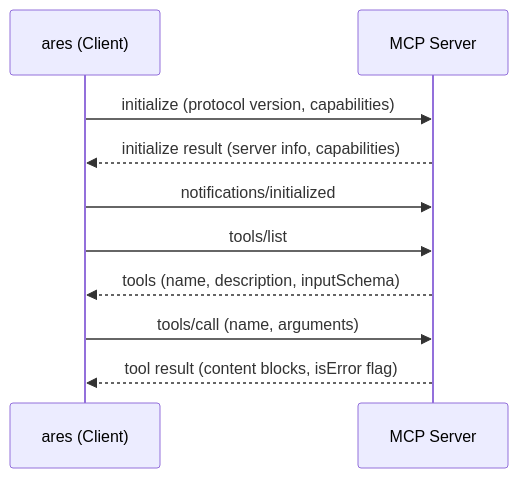
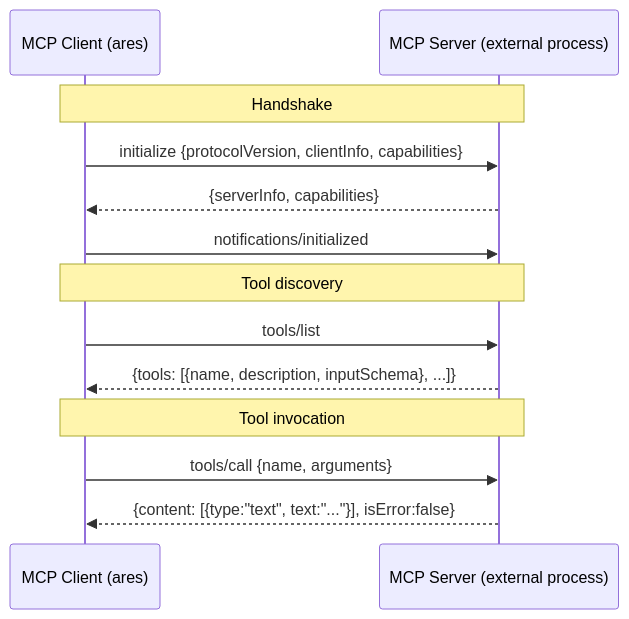
The first of 4 diagrams in docs/articles/en/15-mcp-integration-deep-dive.md (Timwood0x10/ARES), drawn with Mermaid before and after one commit. The commit also changed other lines of this file and 2423 other files, not shown here.

````diff
--- a/docs/articles/en/15-mcp-integration-deep-dive.md
+++ b/docs/articles/en/15-mcp-integration-deep-dive.md
@@ -39,13 +59,18 @@
 ```mermaid
 sequenceDiagram
-    participant C as ares (Client)
-    participant S as MCP Server
+    participant Client as MCP Client (ares)
+    participant Server as MCP Server (external process)
 
-    C->>S: initialize (protocol version, capabilities)
-    S-->>C: initialize result (server info, capabilities)
-    C->>S: notifications/initialized
-    C->>S: tools/list
-    S-->>C: tools (name, description, inputSchema)
-    C->>S: tools/call (name, arguments)
-    S-->>C: tool result (content blocks, isError flag)
+    Note over Client,Server: Handshake
+    Client->>Server: initialize {protocolVersion, clientInfo, capabilities}
+    Server-->>Client: {serverInfo, capabilities}
+    Client->>Server: notifications/initialized
+
+    Note over Client,Server: Tool discovery
+    Client->>Server: tools/list
+    Server-->>Client: {tools: [{name, description, inputSchema}, ...]}
+
+    Note over Client,Server: Tool invocation
+    Client->>Server: tools/call {name, arguments}
+    Server-->>Client: {content: [{type:"text", text:"..."}], isError:false}
 ```
````
